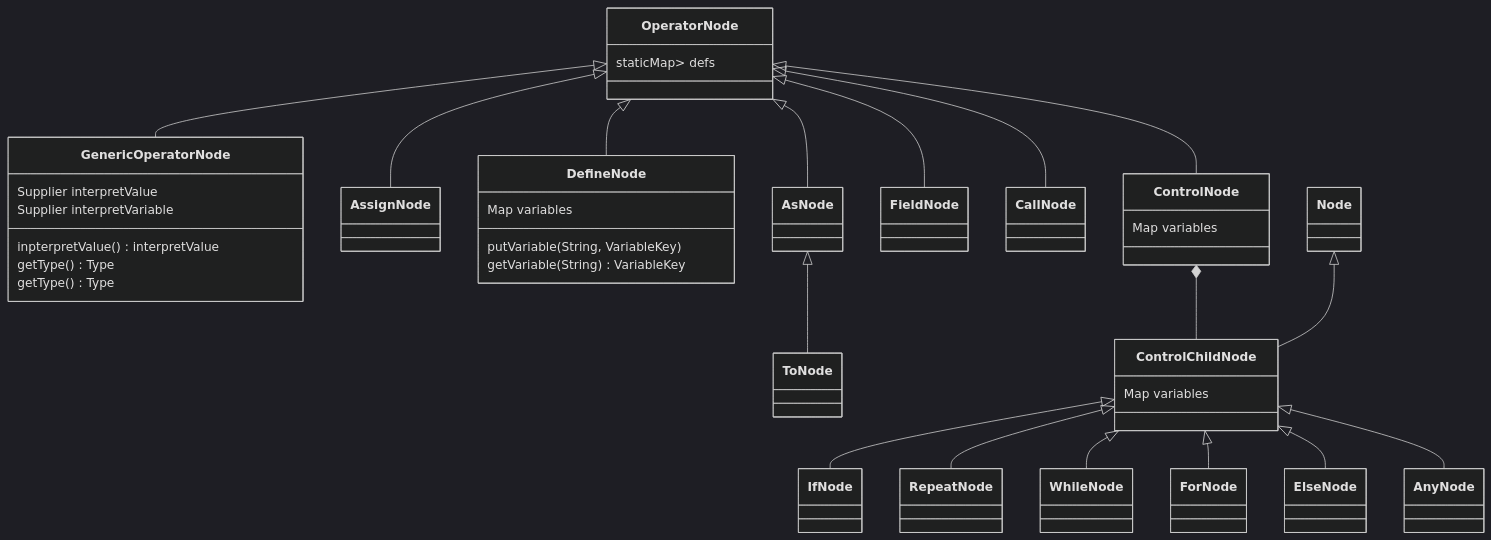
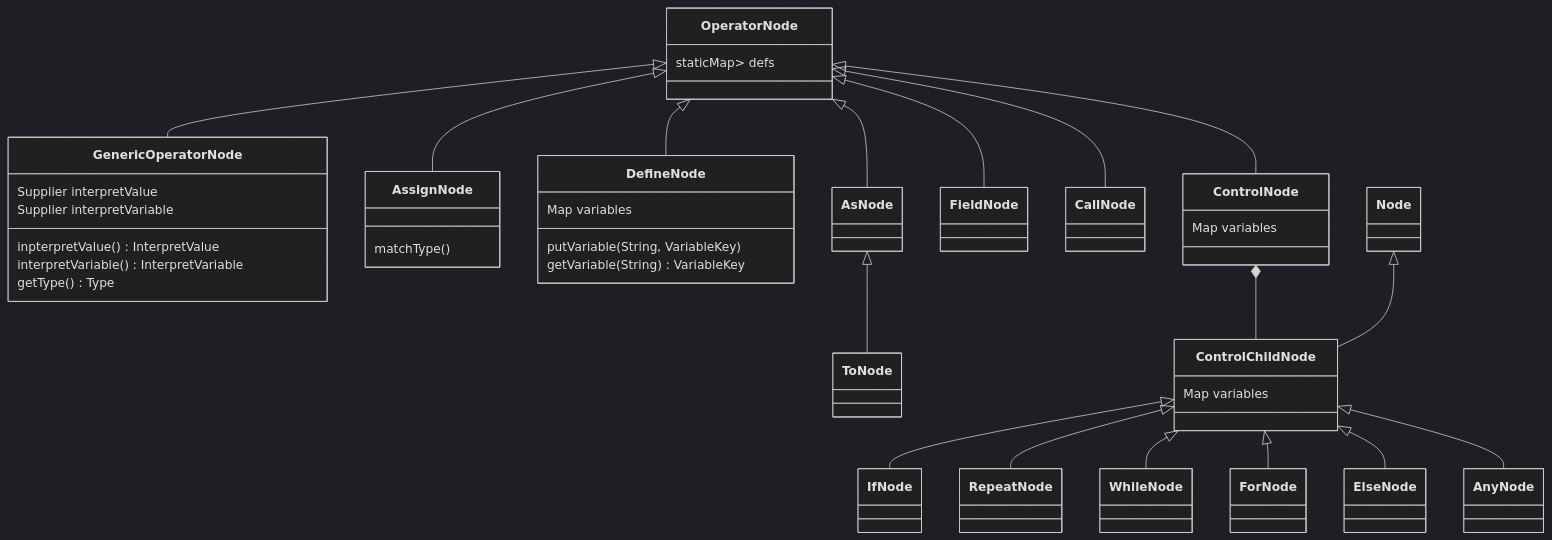
One commit to Jzhyang1/Monomer changed the third of 5 diagrams in Implementation.md. Above: the diagram before and after it, drawn with Mermaid (dark theme). The commit also changed other lines of this file, not shown here.

Commit message:
Implementation.md updated from https://stackedit.io/

````diff
--- a/Implementation.md
+++ b/Implementation.md
@@ -150,35 +150,37 @@
 ```mermaid
 classDiagram
 OperatorNode <|-- GenericOperatorNode
 OperatorNode <|-- AssignNode
 OperatorNode <|-- DefineNode
 OperatorNode <|-- AsNode
 AsNode <|-- ToNode
 OperatorNode <|-- FieldNode
 OperatorNode <|-- CallNode
 OperatorNode <|-- ControlNode
 ControlNode *-- ControlChildNode
 Node <|-- ControlChildNode
 ControlChildNode <|-- IfNode
 ControlChildNode <|-- RepeatNode
 ControlChildNode <|-- WhileNode
 ControlChildNode <|-- ForNode
 ControlChildNode <|-- ElseNode
 ControlChildNode <|-- AnyNode
 
 OperatorNode: staticMap<String,Supplier<OperatorNode>> defs
 
 GenericOperatorNode: Supplier<InterpretValue> interpretValue
 GenericOperatorNode: Supplier<InterpretVariable> interpretVariable
-GenericOperatorNode: inpterpretValue() interpretValue
+GenericOperatorNode: inpterpretValue() InterpretValue
+GenericOperatorNode: interpretVariable() InterpretVariable
 GenericOperatorNode: getType() Type
-GenericOperatorNode: getType() Type
+
+AssignNode: matchType()
 
 DefineNode: Map<String,VariableKey> variables
 DefineNode: putVariable(String, VariableKey)
 DefineNode: getVariable(String) VariableKey
 
 ControlNode: Map<String,VariableKey> variables
 
 ControlChildNode: Map<String,VariableKey> variables
 ```
````
